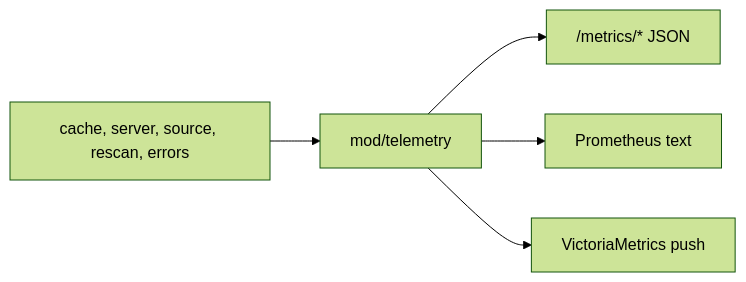
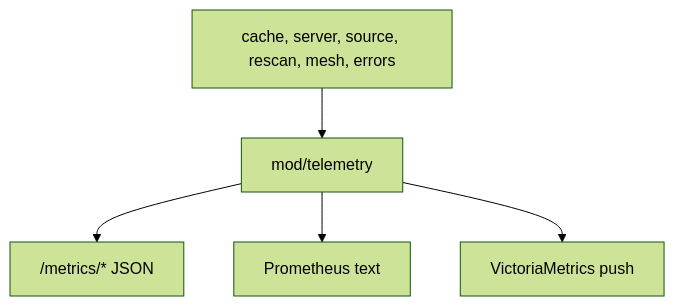
Before and after one commit to voluminor/yggvault: the diagram in mod/telemetry/README.md, drawn with Mermaid (forest theme). The commit also changed other lines of this file and 84 other files, not shown here.

````diff
--- a/mod/telemetry/README.md
+++ b/mod/telemetry/README.md
@@ -8,7 +8,7 @@
 ```mermaid
-flowchart LR
-    producers["cache, server, source, rescan, errors"] --> telemetry["mod/telemetry"]
+flowchart TB
+    producers["cache, server, source, rescan, mesh, errors"] --> telemetry["mod/telemetry"]
   telemetry --> json["/metrics/* JSON"]
   telemetry --> prom["Prometheus text"]
   telemetry --> push["VictoriaMetrics push"]
 ```
````
